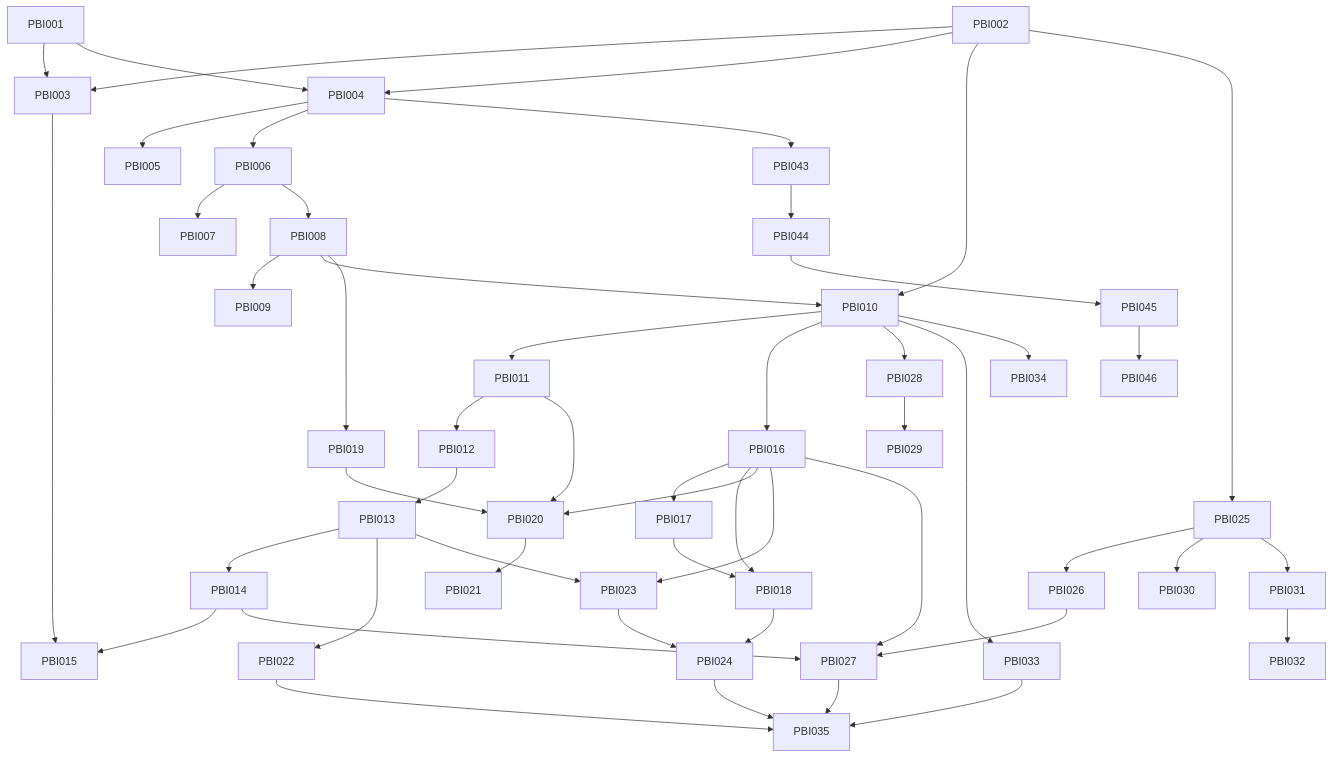
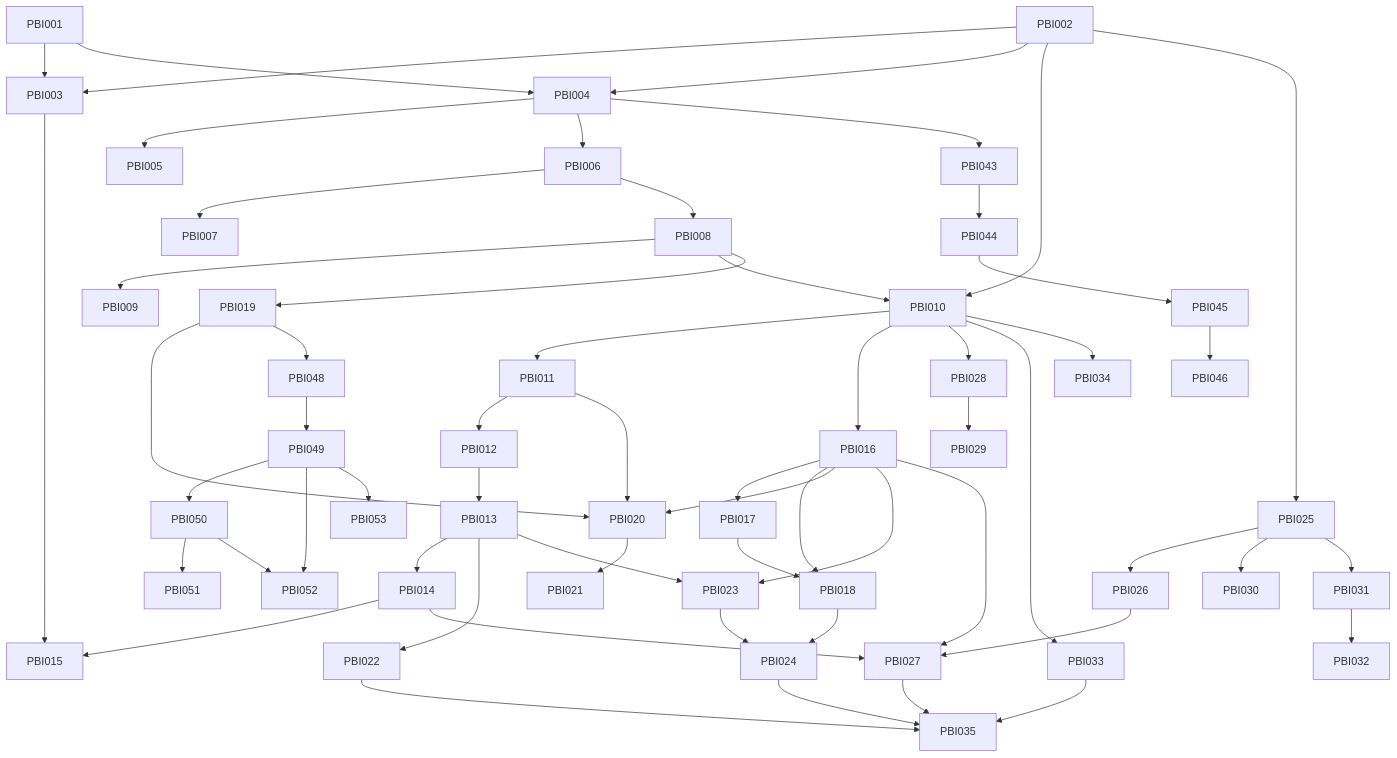
One commit to kcbdev/SWE-DRIP changed the diagram in plans/README.md. Above: the diagram before and after it, drawn with Mermaid. The commit also changed other lines of this file and 8 other files, not shown here.

Commit message:
PBI-048: style repository + contract schema v2 (7 proposed names)

````diff
--- a/plans/README.md
+++ b/plans/README.md
@@ -120,35 +127,39 @@
 ```mermaid
 graph TD
   PBI001 --> PBI003
   PBI002 --> PBI003
   PBI001 --> PBI004
   PBI002 --> PBI004
   PBI004 --> PBI005
   PBI004 --> PBI006 --> PBI007
   PBI006 --> PBI008 --> PBI009
   PBI002 --> PBI010
   PBI008 --> PBI010 --> PBI011 --> PBI012 --> PBI013 --> PBI014 --> PBI015
   PBI003 --> PBI015
   PBI010 --> PBI016 --> PBI017
   PBI016 --> PBI018
   PBI017 --> PBI018
   PBI008 --> PBI019 --> PBI020 --> PBI021
   PBI016 --> PBI020
   PBI011 --> PBI020
   PBI013 --> PBI022
   PBI016 --> PBI023 --> PBI024
   PBI013 --> PBI023
   PBI018 --> PBI024
   PBI002 --> PBI025 --> PBI026 --> PBI027
   PBI014 --> PBI027
   PBI016 --> PBI027
   PBI010 --> PBI028 --> PBI029
   PBI025 --> PBI030
   PBI025 --> PBI031 --> PBI032
   PBI010 --> PBI033 --> PBI035
   PBI022 --> PBI035
   PBI027 --> PBI035
   PBI024 --> PBI035
   PBI010 --> PBI034
   PBI004 --> PBI043 --> PBI044 --> PBI045 --> PBI046
+  PBI019 --> PBI048 --> PBI049 --> PBI050 --> PBI051
+  PBI049 --> PBI052
+  PBI050 --> PBI052
+  PBI049 --> PBI053
 ```
````
